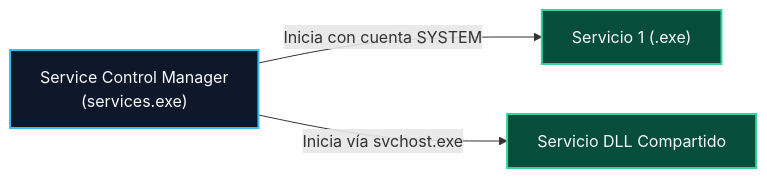
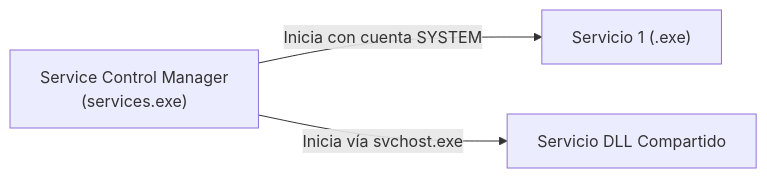
Before and after one commit to purpesec/Cybersecurity-For-Beginners: the fifth of 6 diagrams in malware-analysis/02-procesos-servicios-y-cuentas/README.md, drawn with Mermaid. The commit also changed other lines of this file and 4 other files, not shown here.

Commit message:
style: remover classDef y colores personalizados para usar estilo nativo estandar de Mermaid

````diff
--- a/malware-analysis/02-procesos-servicios-y-cuentas/README.md
+++ b/malware-analysis/02-procesos-servicios-y-cuentas/README.md
@@ -153,8 +136,5 @@
 ```mermaid
 flowchart LR
-    classDef scm fill:#0f172a,stroke:#38bdf8,stroke-width:2px,color:#f8fafc;
-    classDef srv fill:#064e3b,stroke:#34d399,stroke-width:2px,color:#f8fafc;
-
-    SCM["Service Control Manager\n(services.exe)"]:::scm -->|"Inicia con cuenta SYSTEM"| S1["Servicio 1 (.exe)"]:::srv
-    SCM -->|"Inicia vía svchost.exe"| S2["Servicio DLL Compartido"]:::srv
+    SCM["Service Control Manager\n(services.exe)"] -->|"Inicia con cuenta SYSTEM"| S1["Servicio 1 (.exe)"]
+    SCM -->|"Inicia vía svchost.exe"| S2["Servicio DLL Compartido"]
 ```
````
